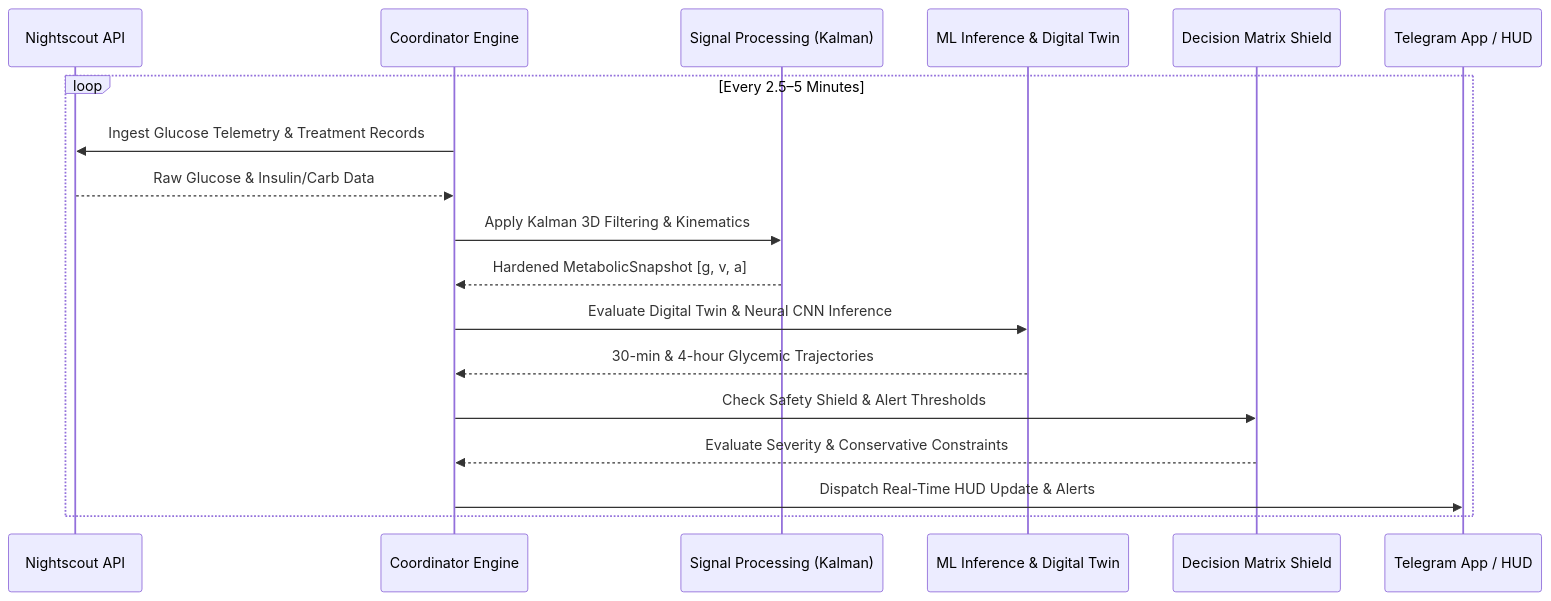
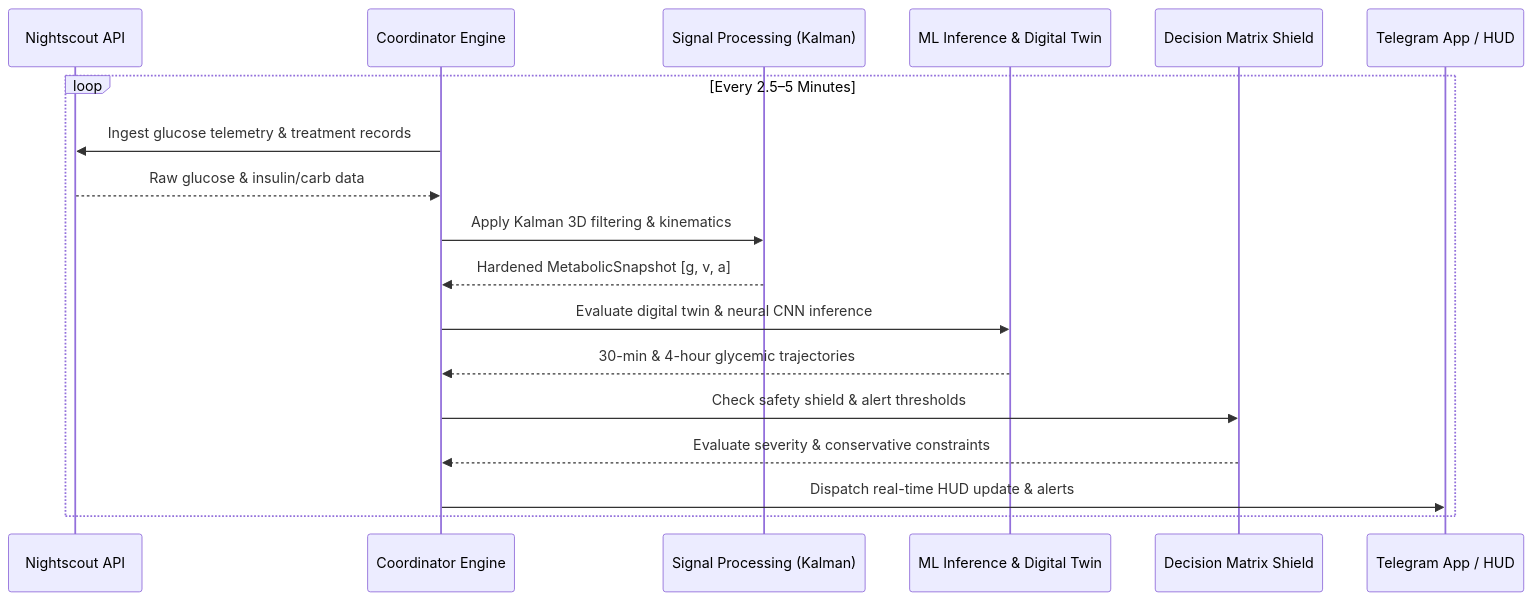
Before and after one commit to vgbn2/diabetic: the diagram in README.md, drawn with Mermaid. The commit also changed other lines of this file, not shown here.

````diff
--- a/README.md
+++ b/README.md
@@ -25,21 +23,21 @@
 ```mermaid
 sequenceDiagram
     participant NS as Nightscout API
     participant C as Coordinator Engine
     participant DSP as Signal Processing (Kalman)
     participant ML as ML Inference & Digital Twin
     participant DM as Decision Matrix Shield
     participant TWA as Telegram App / HUD
 
     loop Every 2.5–5 Minutes
-        C->>NS: Ingest Glucose Telemetry & Treatment Records
-        NS-->>C: Raw Glucose & Insulin/Carb Data
-        C->>DSP: Apply Kalman 3D Filtering & Kinematics
+        C->>NS: Ingest glucose telemetry & treatment records
+        NS-->>C: Raw glucose & insulin/carb data
+        C->>DSP: Apply Kalman 3D filtering & kinematics
         DSP-->>C: Hardened MetabolicSnapshot [g, v, a]
-        C->>ML: Evaluate Digital Twin & Neural CNN Inference
-        ML-->>C: 30-min & 4-hour Glycemic Trajectories
-        C->>DM: Check Safety Shield & Alert Thresholds
-        DM-->>C: Evaluate Severity & Conservative Constraints
-        C->>TWA: Dispatch Real-Time HUD Update & Alerts
+        C->>ML: Evaluate digital twin & neural CNN inference
+        ML-->>C: 30-min & 4-hour glycemic trajectories
+        C->>DM: Check safety shield & alert thresholds
+        DM-->>C: Evaluate severity & conservative constraints
+        C->>TWA: Dispatch real-time HUD update & alerts
     end
 ```
````
